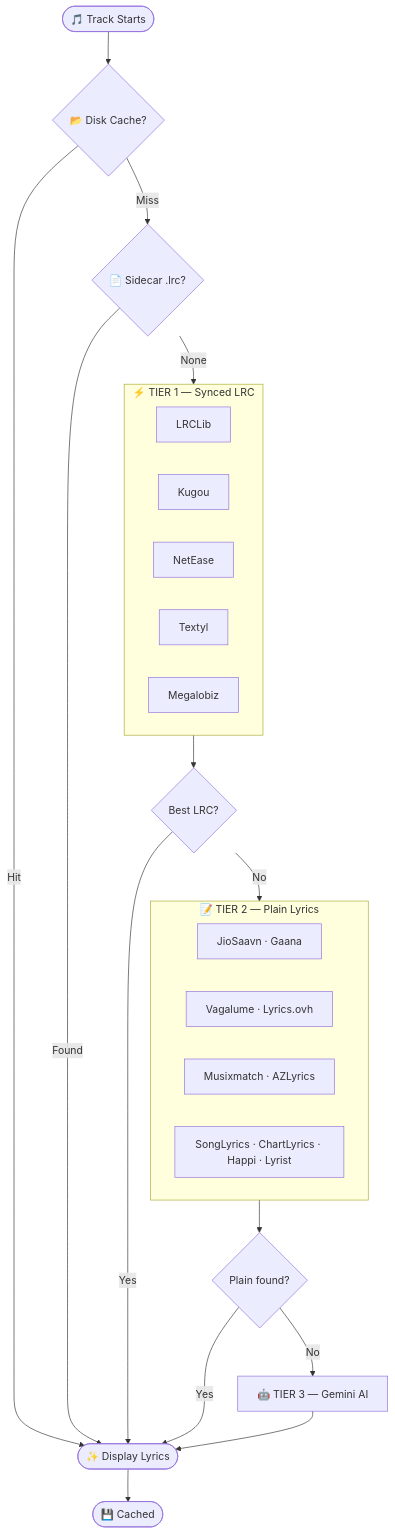
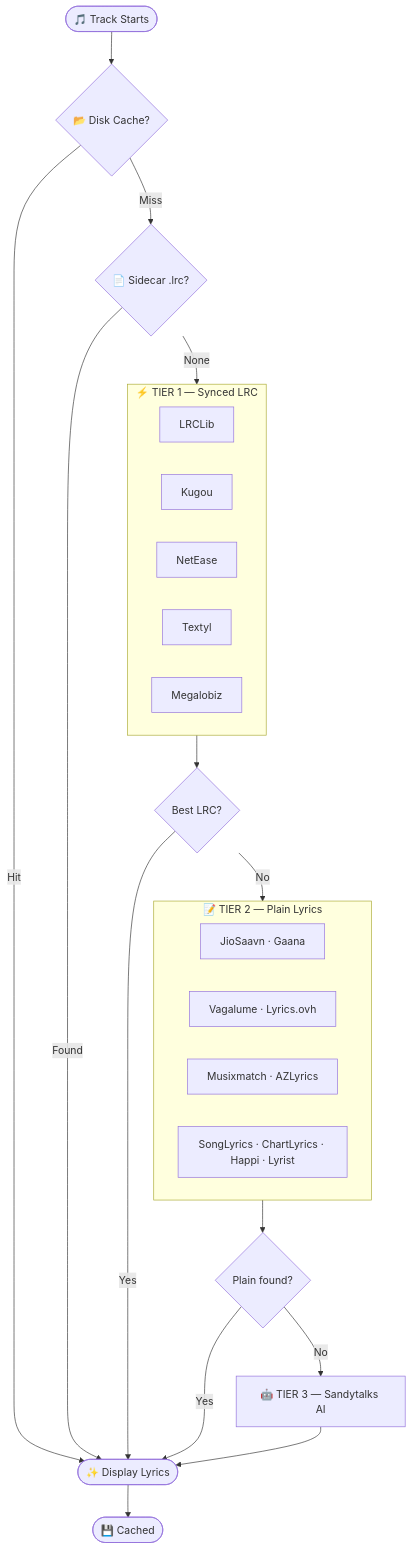
Before and after one commit to sandytalks/SANDYPLAY: the first of 2 diagrams in README.md, drawn with Mermaid. The commit also changed other lines of this file, not shown here.

````diff
--- a/README.md
+++ b/README.md
@@ -201,22 +201,22 @@
 ```mermaid
 flowchart TD
     A(["🎵 Track Starts"]) --> B{"📂 Disk Cache?"}
     B -- Hit --> Z(["✨ Display Lyrics"])
     B -- Miss --> C{"📄 Sidecar .lrc?"}
     C -- Found --> Z
     C -- None --> D
     subgraph D["⚡ TIER 1 — Synced LRC"]
         D1["LRCLib"] & D2["Kugou"] & D3["NetEase"] & D4["Textyl"] & D5["Megalobiz"]
     end
     D --> E{"Best LRC?"}
     E -- Yes --> Z
     E -- No --> F
     subgraph F["📝 TIER 2 — Plain Lyrics"]
         F1["JioSaavn · Gaana"] & F2["Vagalume · Lyrics.ovh"] & F3["Musixmatch · AZLyrics"] & F4["SongLyrics · ChartLyrics · Happi · Lyrist"]
     end
     F --> G{"Plain found?"}
     G -- Yes --> Z
-    G -- No --> H["🤖 TIER 3 — Gemini AI"]
+    G -- No --> H["🤖 TIER 3 — Sandytalks AI"]
     H --> Z
     Z --> I(["💾 Cached"])
 ```
````
